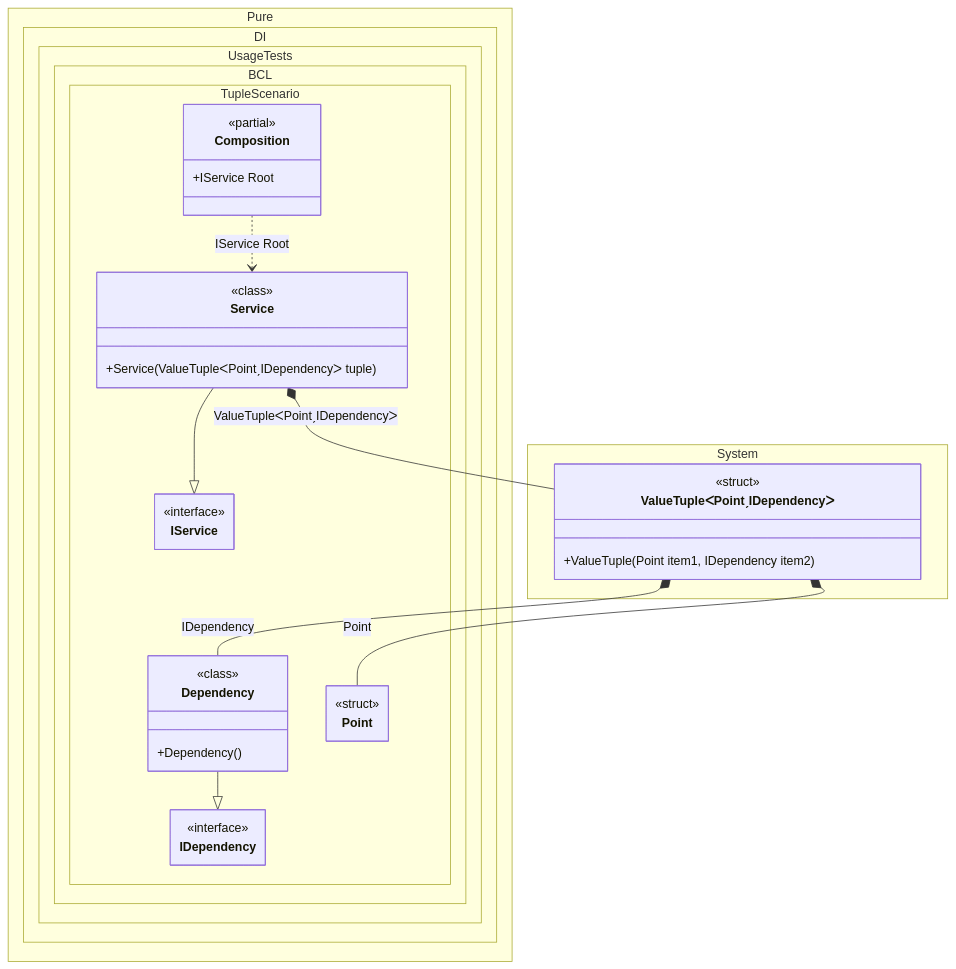
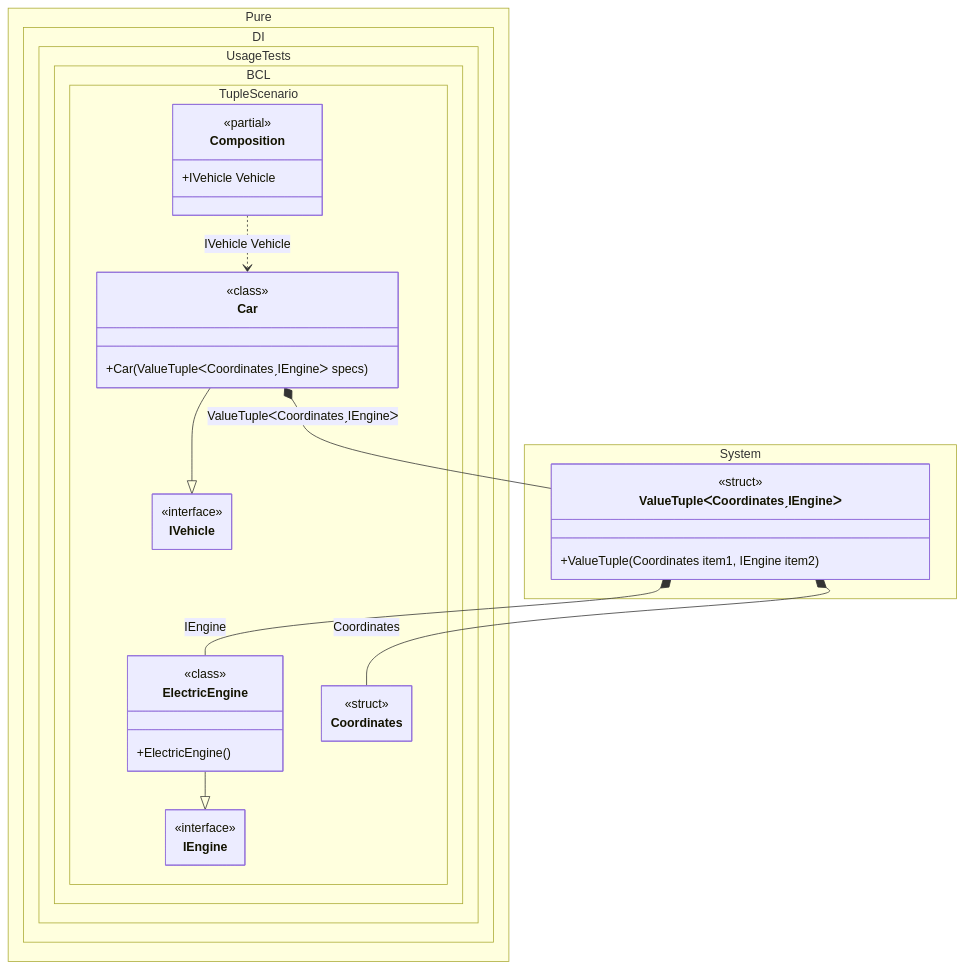
Before and after one commit to DevTeam/Pure.DI: the diagram in readme/tuple.md, drawn with Mermaid. The commit also changed other lines of this file and 126 other files, not shown here.

````diff
--- a/readme/tuple.md
+++ b/readme/tuple.md
@@ -90,45 +92,45 @@
 ```mermaid
 ---
  config:
   maxTextSize: 2147483647
   maxEdges: 2147483647
   class:
    hideEmptyMembersBox: true
 ---
 classDiagram
-	Dependency --|> IDependency
-	Service --|> IService
-	Composition ..> Service : IService Root
-	Service *--  ValueTupleᐸPointˏIDependencyᐳ : ValueTupleᐸPointˏIDependencyᐳ
-	ValueTupleᐸPointˏIDependencyᐳ *--  Dependency : IDependency
-	ValueTupleᐸPointˏIDependencyᐳ *--  Point : Point
+	ElectricEngine --|> IEngine
+	Car --|> IVehicle
+	Composition ..> Car : IVehicle Vehicle
+	Car *--  ValueTupleᐸCoordinatesˏIEngineᐳ : ValueTupleᐸCoordinatesˏIEngineᐳ
+	ValueTupleᐸCoordinatesˏIEngineᐳ *--  ElectricEngine : IEngine
+	ValueTupleᐸCoordinatesˏIEngineᐳ *--  Coordinates : Coordinates
 	namespace Pure.DI.UsageTests.BCL.TupleScenario {
+		class Car {
+				<<class>>
+			+Car(ValueTupleᐸCoordinatesˏIEngineᐳ specs)
+		}
 		class Composition {
 		<<partial>>
-		+IService Root
+		+IVehicle Vehicle
 		}
-		class Dependency {
+		class Coordinates {
+				<<struct>>
+		}
+		class ElectricEngine {
 				<<class>>
-			+Dependency()
+			+ElectricEngine()
 		}
-		class IDependency {
+		class IEngine {
 			<<interface>>
 		}
-		class IService {
+		class IVehicle {
 			<<interface>>
-		}
-		class Point {
-				<<struct>>
-		}
-		class Service {
-				<<class>>
-			+Service(ValueTupleᐸPointˏIDependencyᐳ tuple)
 		}
 	}
 	namespace System {
-		class ValueTupleᐸPointˏIDependencyᐳ {
+		class ValueTupleᐸCoordinatesˏIEngineᐳ {
 				<<struct>>
-			+ValueTuple(Point item1, IDependency item2)
+			+ValueTuple(Coordinates item1, IEngine item2)
 		}
 	}
 ```
````
